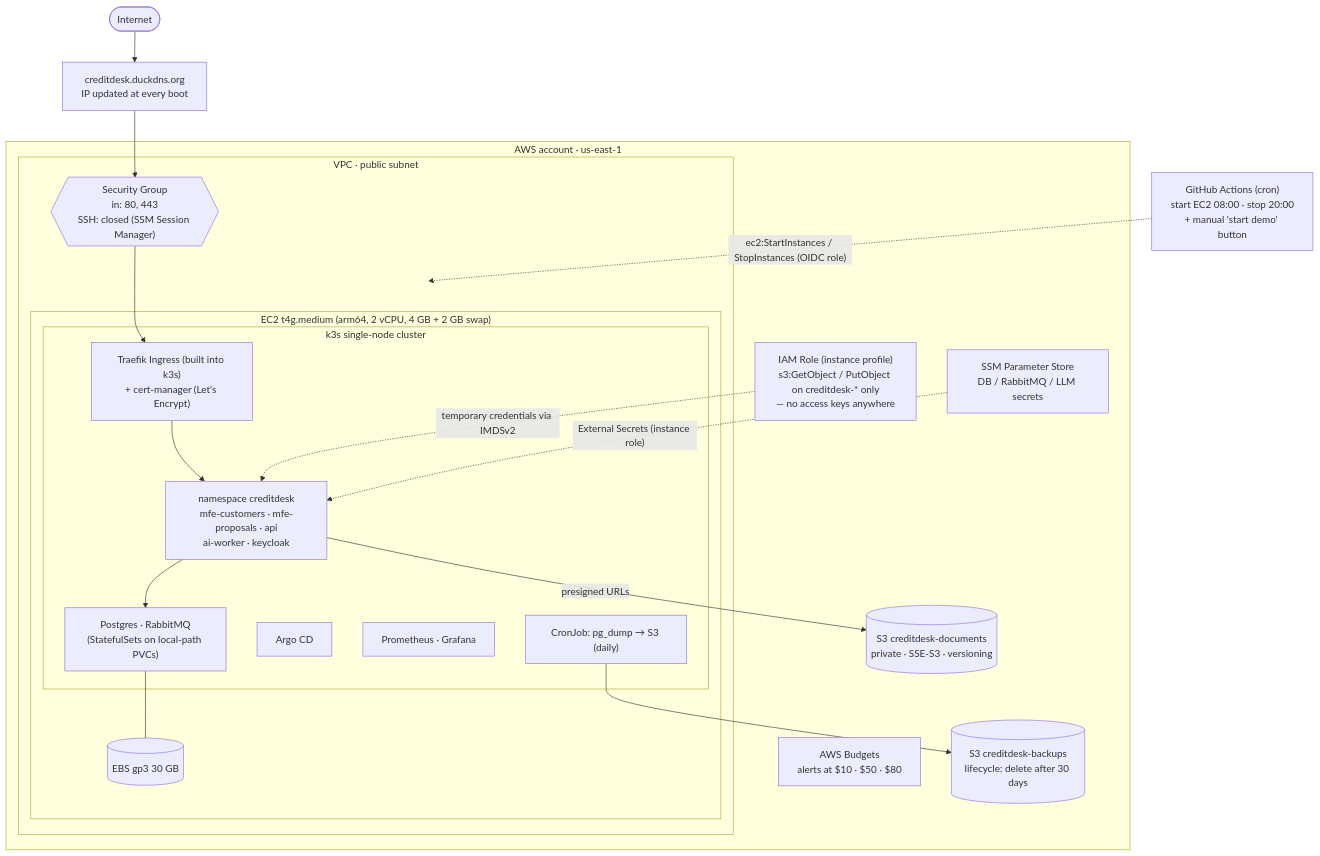
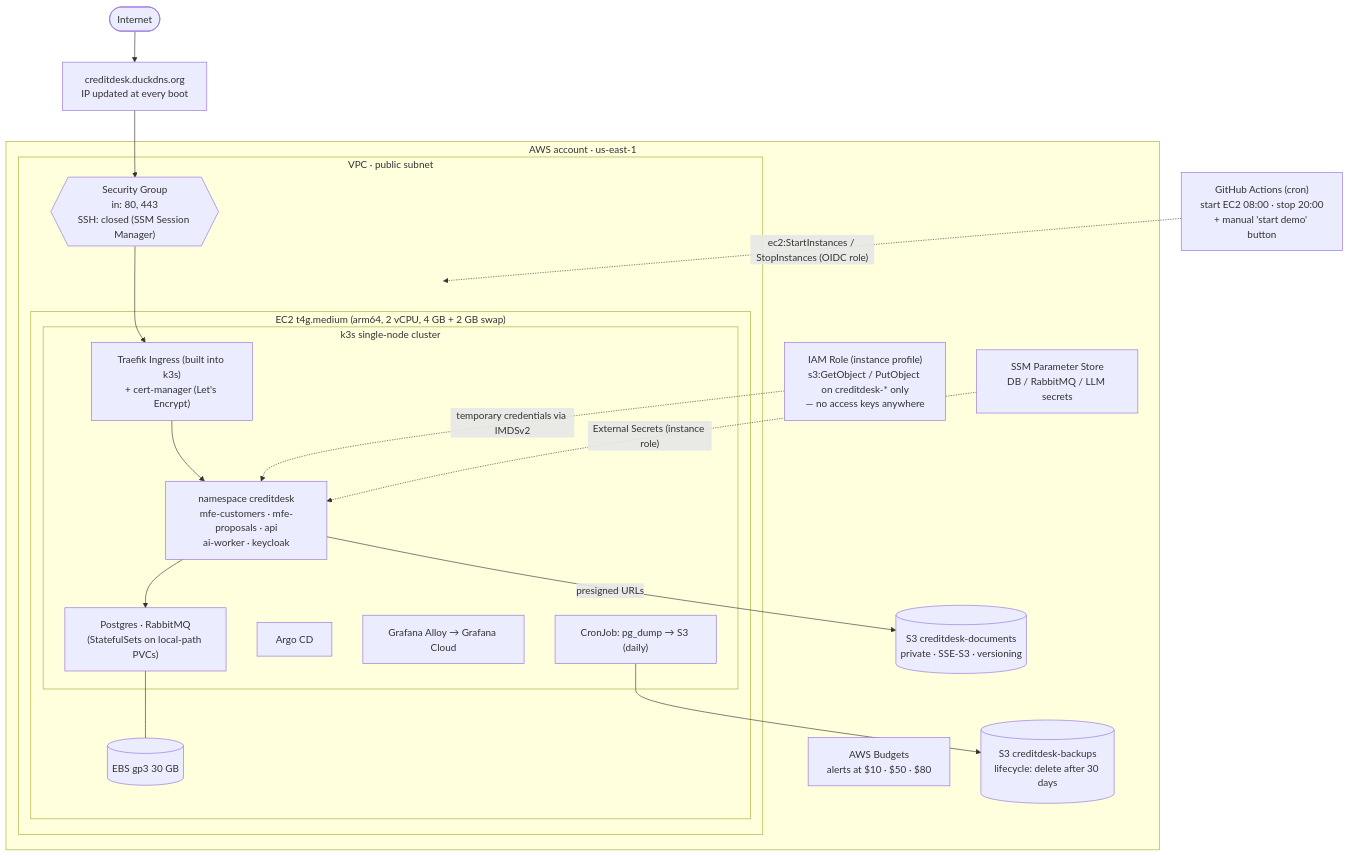
The second of 8 diagrams in README.md (vanilds/vanilds.github.io), drawn with Mermaid before and after one commit. The commit also changed other lines of this file and 23 other files, not shown here.

````diff
--- a/README.md
+++ b/README.md
@@ -61,40 +61,40 @@
 ```mermaid
 flowchart TB
     internet([Internet])
 
     subgraph aws["AWS account · us-east-1"]
         budgets["AWS Budgets<br/>alerts at $10 · $50 · $80"]
 
         subgraph vpc["VPC · public subnet"]
             sg{{"Security Group<br/>in: 80, 443<br/>SSH: closed (SSM Session Manager)"}}
             subgraph ec2["EC2 t4g.medium (arm64, 2 vCPU, 4 GB + 2 GB swap)"]
                 subgraph k3s["k3s single-node cluster"]
                     ingress["Traefik Ingress (built into k3s)<br/>+ cert-manager (Let's Encrypt)"]
                     apps["namespace creditdesk<br/>mfe-customers · mfe-proposals · api<br/>ai-worker · keycloak"]
                     data["Postgres · RabbitMQ<br/>(StatefulSets on local-path PVCs)"]
                     argo["Argo CD"]
-                    obs["Prometheus · Grafana"]
+                    obs["Grafana Alloy → Grafana Cloud"]
                     cron["CronJob: pg_dump → S3 (daily)"]
                 end
                 ebs[("EBS gp3 30 GB")]
             end
         end
 
         role["IAM Role (instance profile)<br/>s3:GetObject / PutObject on creditdesk-* only<br/>— no access keys anywhere"]
         s3docs[("S3 creditdesk-documents<br/>private · SSE-S3 · versioning")]
         s3bkp[("S3 creditdesk-backups<br/>lifecycle: delete after 30 days")]
         ssm["SSM Parameter Store<br/>DB / RabbitMQ / LLM secrets"]
     end
 
     sched["GitHub Actions (cron)<br/>start EC2 08:00 · stop 20:00<br/>+ manual 'start demo' button"]
 
     internet --> dns["creditdesk.duckdns.org<br/>IP updated at every boot"] --> sg --> ingress
     ingress --> apps
     apps --> data
     data --- ebs
     apps -- "presigned URLs" --> s3docs
     cron --> s3bkp
     role -. "temporary credentials via IMDSv2" .-> apps
     ssm -. "External Secrets (instance role)" .-> apps
     sched -. "ec2:StartInstances / StopInstances (OIDC role)" .-> ec2
 ```
````
